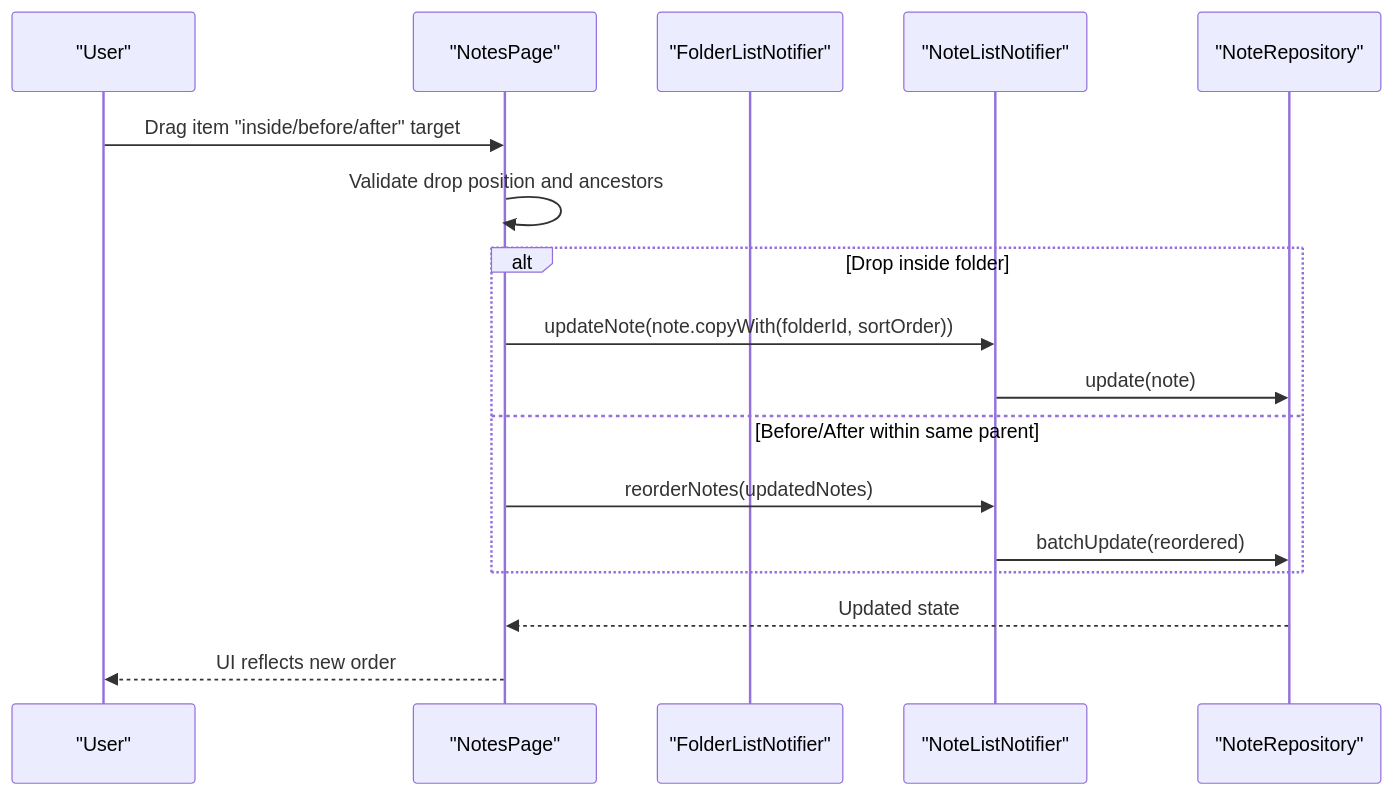
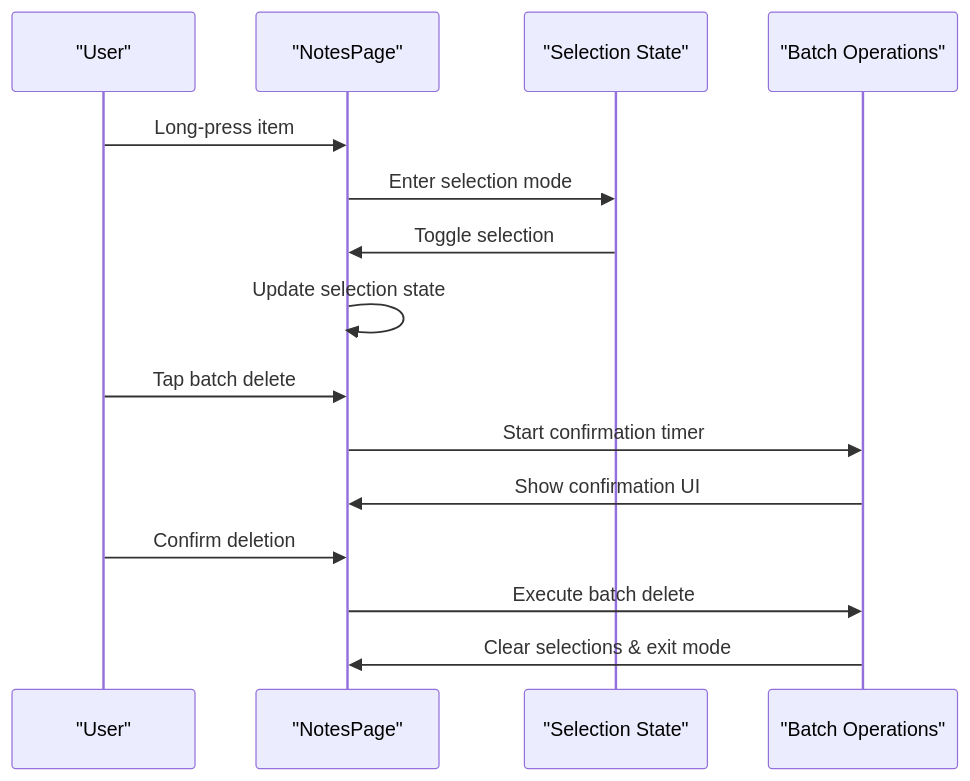
Before and after one commit to favoroo/QNote: the eighth of 11 diagrams in .qoder/repowiki/en/content/Core Features/Note Taking.md, drawn with Mermaid. The commit also changed other lines of this file and 68 other files, not shown here.

````diff
--- a/.qoder/repowiki/en/content/Core Features/Note Taking.md
+++ b/.qoder/repowiki/en/content/Core Features/Note Taking.md
@@ -298,19 +320,17 @@
 ```mermaid
 sequenceDiagram
 participant User as "User"
-participant Page as "NotesPage"
-participant FolderProv as "FolderListNotifier"
-participant NoteProv as "NoteListNotifier"
-participant Repo as "NoteRepository"
-User->>Page : Drag item "inside/before/after" target
-Page->>Page : Validate drop position and ancestors
-alt Drop inside folder
-Page->>NoteProv : updateNote(note.copyWith(folderId, sortOrder))
-NoteProv->>Repo : update(note)
-else Before/After within same parent
-Page->>NoteProv : reorderNotes(updatedNotes)
-NoteProv->>Repo : batchUpdate(reordered)
-end
-Repo-->>Page : Updated state
-Page-->>User : UI reflects new order
+participant NotesPage as "NotesPage"
+participant Selection as "Selection State"
+participant BatchOps as "Batch Operations"
+User->>NotesPage : Long-press item
+NotesPage->>Selection : Enter selection mode
+Selection->>NotesPage : Toggle selection
+NotesPage->>NotesPage : Update selection state
+User->>NotesPage : Tap batch delete
+NotesPage->>BatchOps : Start confirmation timer
+BatchOps->>NotesPage : Show confirmation UI
+User->>NotesPage : Confirm deletion
+NotesPage->>BatchOps : Execute batch delete
+BatchOps->>NotesPage : Clear selections & exit mode
 ```
````
